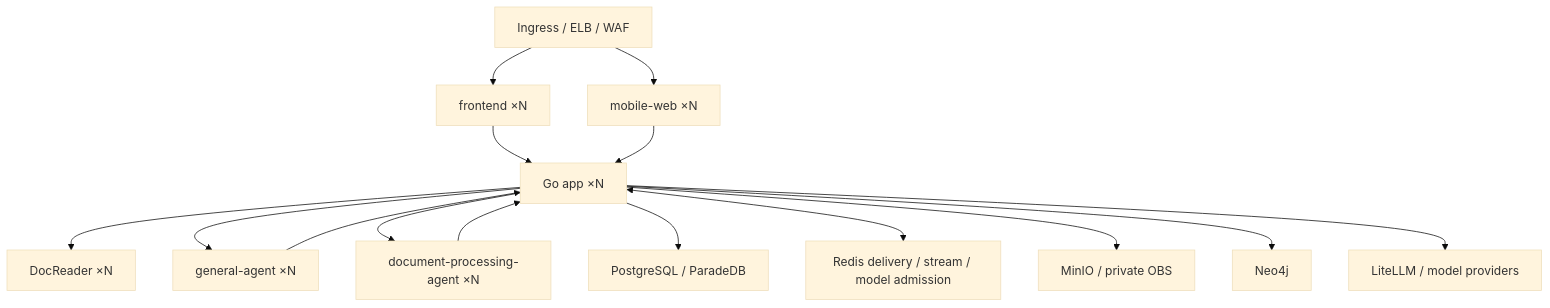
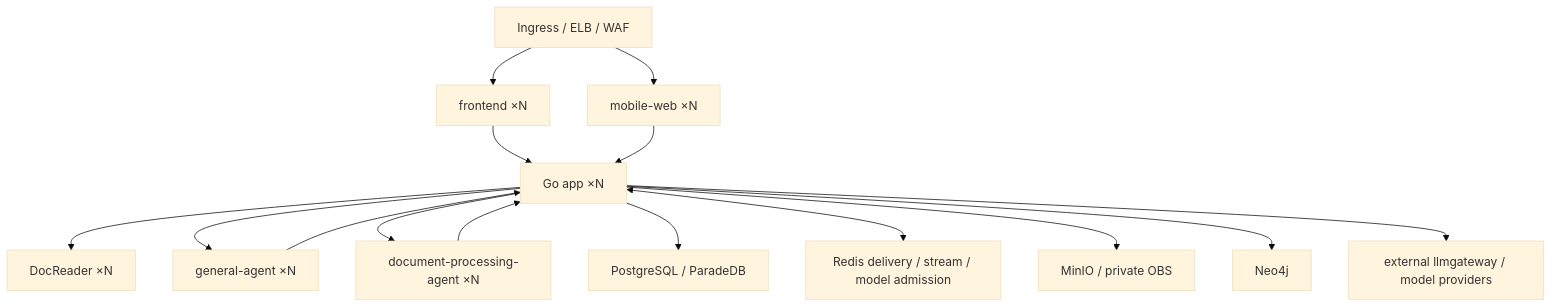
The diagram in helm/README.md (Meaninles/wekno), drawn with Mermaid (base theme) before and after one commit. The commit also changed other lines of this file and 26 other files, not shown here.

````diff
--- a/helm/README.md
+++ b/helm/README.md
@@ -37,17 +37,17 @@
 ```mermaid
 flowchart TB
     I["Ingress / ELB / WAF"] --> F["frontend ×N"]
     I --> M["mobile-web ×N"]
     F --> A["Go app ×N"]
     M --> A
     A --> D["DocReader ×N"]
     A --> G["general-agent ×N"]
     A --> P["document-processing-agent ×N"]
     A --> DB["PostgreSQL / ParadeDB"]
     A <--> R["Redis delivery / stream / model admission"]
     A --> O["MinIO / private OBS"]
     A --> N["Neo4j"]
-    A --> L["LiteLLM / model providers"]
+    A --> L["external llmgateway / model providers"]
     G --> A
     P --> A
 ```
````
